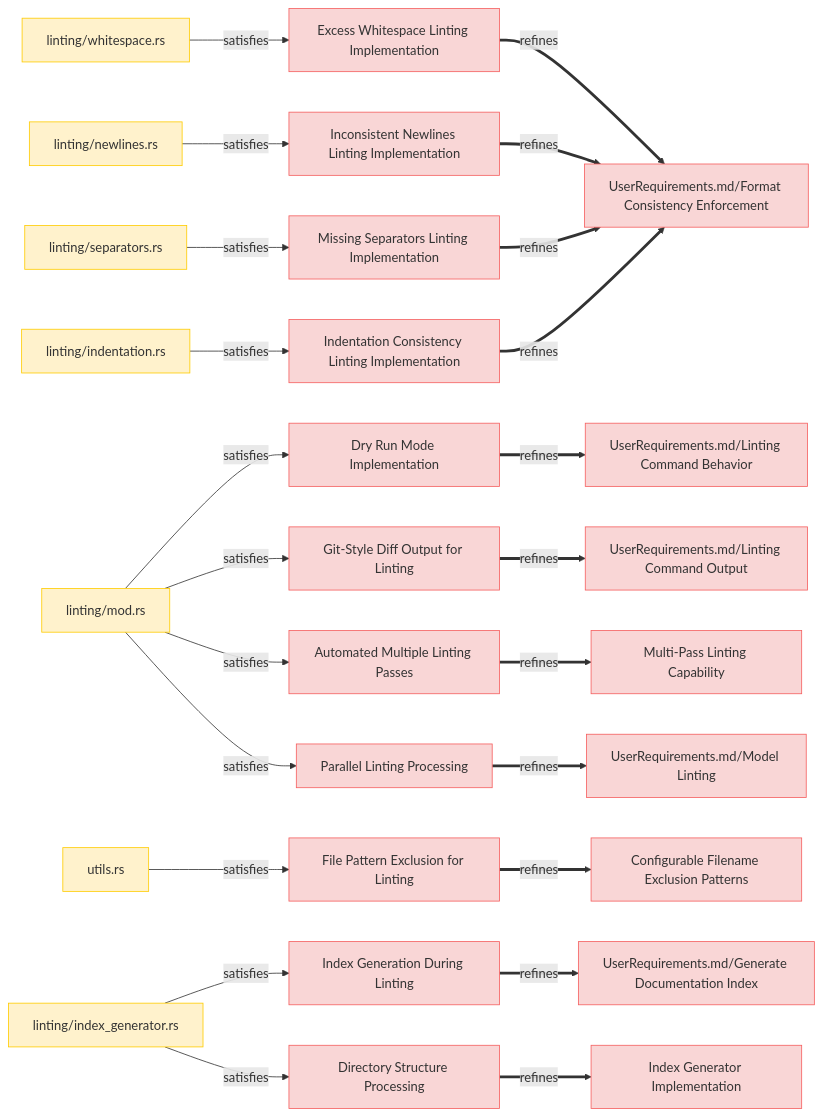
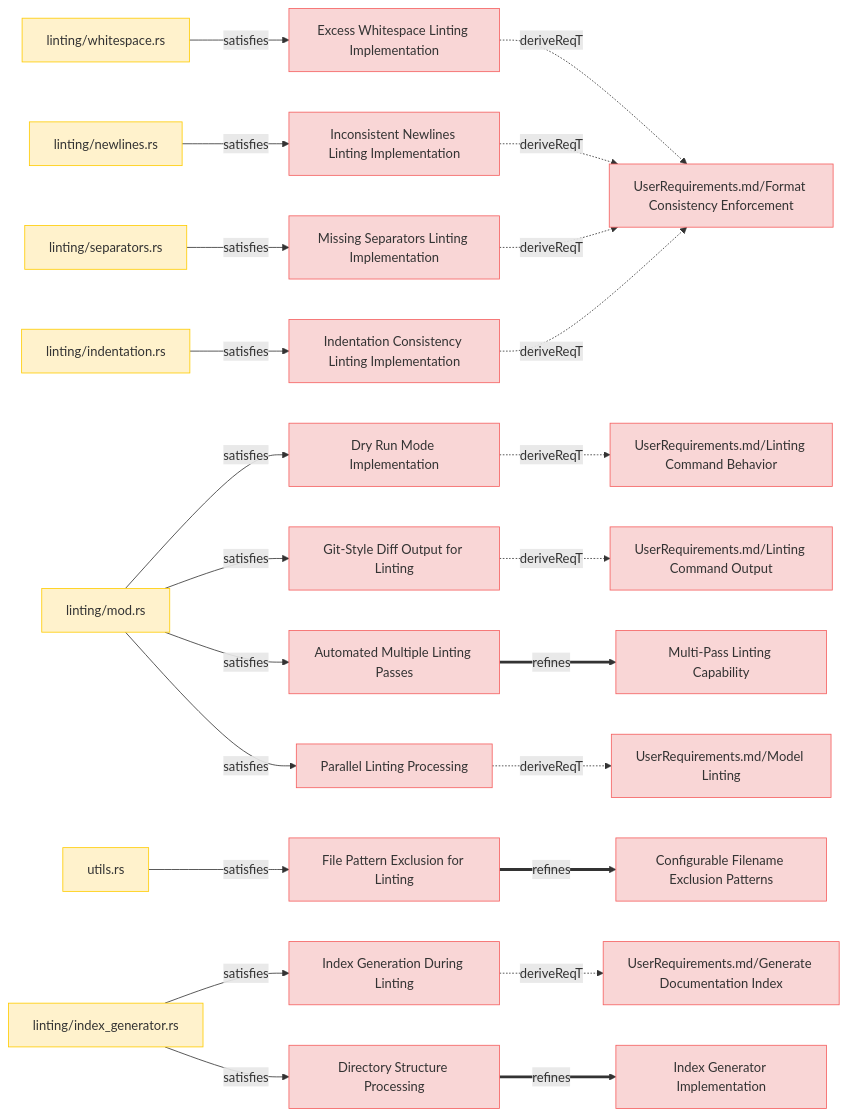
The first of 9 diagrams in specifications/SystemRequirements/Requirements.md (reqvire-org/reqvire), drawn with Mermaid before and after one commit. The commit also changed other lines of this file and 16 other files, not shown here.

```diff
--- a/specifications/SystemRequirements/Requirements.md
+++ b/specifications/SystemRequirements/Requirements.md
@@ -15,7 +15,7 @@
     Excess_Whitespace_Linting_Implementation["Excess Whitespace Linting Implementation"];
     click Excess_Whitespace_Linting_Implementation "SystemRequirements/Requirements.md#excess-whitespace-linting-implementation";
     class Excess_Whitespace_Linting_Implementation requirement;
-    Excess_Whitespace_Linting_Implementation ==>|refines| _UserRequirements_md_Format_Consistency_Enforcement_____UserRequirements_md_format_consistency_enforcement_;
+    Excess_Whitespace_Linting_Implementation -.->|deriveReqT| _UserRequirements_md_Format_Consistency_Enforcement_____UserRequirements_md_format_consistency_enforcement_;
     _UserRequirements_md_Format_Consistency_Enforcement_____UserRequirements_md_format_consistency_enforcement_["UserRequirements.md/Format Consistency Enforcement"];
     click _UserRequirements_md_Format_Consistency_Enforcement_____UserRequirements_md_format_consistency_enforcement_ "../UserRequirements.md#format-consistency-enforcement";
     class _UserRequirements_md_Format_Consistency_Enforcement_____UserRequirements_md_format_consistency_enforcement_ requirement;
@@ -26,7 +26,7 @@
     Inconsistent_Newlines_Linting_Implementation["Inconsistent Newlines Linting Implementation"];
     click Inconsistent_Newlines_Linting_Implementation "SystemRequirements/Requirements.md#inconsistent-newlines-linting-implementation";
     class Inconsistent_Newlines_Linting_Implementation requirement;
-    Inconsistent_Newlines_Linting_Implementation ==>|refines| _UserRequirements_md_Format_Consistency_Enforcement_____UserRequirements_md_format_consistency_enforcement_;
+    Inconsistent_Newlines_Linting_Implementation -.->|deriveReqT| _UserRequirements_md_Format_Consistency_Enforcement_____UserRequirements_md_format_consistency_enforcement_;
     _linting_newlines_rs__https___github_com_reqflow_reqflow_src_linting_newlines_rs_ -->|satisfies| Inconsistent_Newlines_Linting_Implementation;
     _linting_newlines_rs__https___github_com_reqflow_reqflow_src_linting_newlines_rs_["linting/newlines.rs"];
     click _linting_newlines_rs__https___github_com_reqflow_reqflow_src_linting_newlines_rs_ "https://github.com/reqflow/reqflow/src/linting#newlines.rs";
@@ -34,7 +34,7 @@
     Missing_Separators_Linting_Implementation["Missing Separators Linting Implementation"];
     click Missing_Separators_Linting_Implementation "SystemRequirements/Requirements.md#missing-separators-linting-implementation";
     class Missing_Separators_Linting_Implementation requirement;
-    Missing_Separators_Linting_Implementation ==>|refines| _UserRequirements_md_Format_Consistency_Enforcement_____UserRequirements_md_format_consistency_enforcement_;
+    Missing_Separators_Linting_Implementation -.->|deriveReqT| _UserRequirements_md_Format_Consistency_Enforcement_____UserRequirements_md_format_consistency_enforcement_;
     _linting_separators_rs__https___github_com_reqflow_reqflow_src_linting_separators_rs_ -->|satisfies| Missing_Separators_Linting_Implementation;
     _linting_separators_rs__https___github_com_reqflow_reqflow_src_linting_separators_rs_["linting/separators.rs"];
     click _linting_separators_rs__https___github_com_reqflow_reqflow_src_linting_separators_rs_ "https://github.com/reqflow/reqflow/src/linting#separators.rs";
@@ -42,7 +42,7 @@
     Indentation_Consistency_Linting_Implementation["Indentation Consistency Linting Implementation"];
     click Indentation_Consistency_Linting_Implementation "SystemRequirements/Requirements.md#indentation-consistency-linting-implementation";
     class Indentation_Consistency_Linting_Implementation requirement;
-    Indentation_Consistency_Linting_Implementation ==>|refines| _UserRequirements_md_Format_Consistency_Enforcement_____UserRequirements_md_format_consistency_enforcement_;
+    Indentation_Consistency_Linting_Implementation -.->|deriveReqT| _UserRequirements_md_Format_Consistency_Enforcement_____UserRequirements_md_format_consistency_enforcement_;
     _linting_indentation_rs__https___github_com_reqflow_reqflow_src_linting_indentation_rs_ -->|satisfies| Indentation_Consistency_Linting_Implementation;
     _linting_indentation_rs__https___github_com_reqflow_reqflow_src_linting_indentation_rs_["linting/indentation.rs"];
     click _linting_indentation_rs__https___github_com_reqflow_reqflow_src_linting_indentation_rs_ "https://github.com/reqflow/reqflow/src/linting#indentation.rs";
@@ -50,7 +50,7 @@
     Dry_Run_Mode_Implementation["Dry Run Mode Implementation"];
     click Dry_Run_Mode_Implementation "SystemRequirements/Requirements.md#dry-run-mode-implementation";
     class Dry_Run_Mode_Implementation requirement;
-    Dry_Run_Mode_Implementation ==>|refines| _UserRequirements_md_Linting_Command_Behavior_____UserRequirements_md_linting_command_behavior_;
+    Dry_Run_Mode_Implementation -.->|deriveReqT| _UserRequirements_md_Linting_Command_Behavior_____UserRequirements_md_linting_command_behavior_;
     _UserRequirements_md_Linting_Command_Behavior_____UserRequirements_md_linting_command_behavior_["UserRequirements.md/Linting Command Behavior"];
     click _UserRequirements_md_Linting_Command_Behavior_____UserRequirements_md_linting_command_behavior_ "../UserRequirements.md#linting-command-behavior";
     class _UserRequirements_md_Linting_Command_Behavior_____UserRequirements_md_linting_command_behavior_ requirement;
@@ -61,7 +61,7 @@
     Git_Style_Diff_Output_for_Linting["Git-Style Diff Output for Linting"];
     click Git_Style_Diff_Output_for_Linting "SystemRequirements/Requirements.md#git-style-diff-output-for-linting";
     class Git_Style_Diff_Output_for_Linting requirement;
-    Git_Style_Diff_Output_for_Linting ==>|refines| _UserRequirements_md_Linting_Command_Output_____UserRequirements_md_linting_command_output_;
+    Git_Style_Diff_Output_for_Linting -.->|deriveReqT| _UserRequirements_md_Linting_Command_Output_____UserRequirements_md_linting_command_output_;
     _UserRequirements_md_Linting_Command_Output_____UserRequirements_md_linting_command_output_["UserRequirements.md/Linting Command Output"];
     click _UserRequirements_md_Linting_Command_Output_____UserRequirements_md_linting_command_output_ "../UserRequirements.md#linting-command-output";
     class _UserRequirements_md_Linting_Command_Output_____UserRequirements_md_linting_command_output_ requirement;
@@ -77,7 +77,7 @@
     Parallel_Linting_Processing["Parallel Linting Processing"];
     click Parallel_Linting_Processing "SystemRequirements/Requirements.md#parallel-linting-processing";
     class Parallel_Linting_Processing requirement;
-    Parallel_Linting_Processing ==>|refines| _UserRequirements_md_Model_Linting_____UserRequirements_md_model_linting_;
+    Parallel_Linting_Processing -.->|deriveReqT| _UserRequirements_md_Model_Linting_____UserRequirements_md_model_linting_;
     _UserRequirements_md_Model_Linting_____UserRequirements_md_model_linting_["UserRequirements.md/Model Linting"];
     click _UserRequirements_md_Model_Linting_____UserRequirements_md_model_linting_ "../UserRequirements.md#model-linting";
     class _UserRequirements_md_Model_Linting_____UserRequirements_md_model_linting_ requirement;
@@ -96,7 +96,7 @@
     Index_Generation_During_Linting["Index Generation During Linting"];
     click Index_Generation_During_Linting "SystemRequirements/Requirements.md#index-generation-during-linting";
     class Index_Generation_During_Linting requirement;
-    Index_Generation_During_Linting ==>|refines| _UserRequirements_md_Generate_Documentation_Index_____UserRequirements_md_generate_documentation_index_;
+    Index_Generation_During_Linting -.->|deriveReqT| _UserRequirements_md_Generate_Documentation_Index_____UserRequirements_md_generate_documentation_index_;
     _UserRequirements_md_Generate_Documentation_Index_____UserRequirements_md_generate_documentation_index_["UserRequirements.md/Generate Documentation Index"];
     click _UserRequirements_md_Generate_Documentation_Index_____UserRequirements_md_generate_documentation_index_ "../UserRequirements.md#generate-documentation-index";
     class _UserRequirements_md_Generate_Documentation_Index_____UserRequirements_md_generate_documentation_index_ requirement;
```
